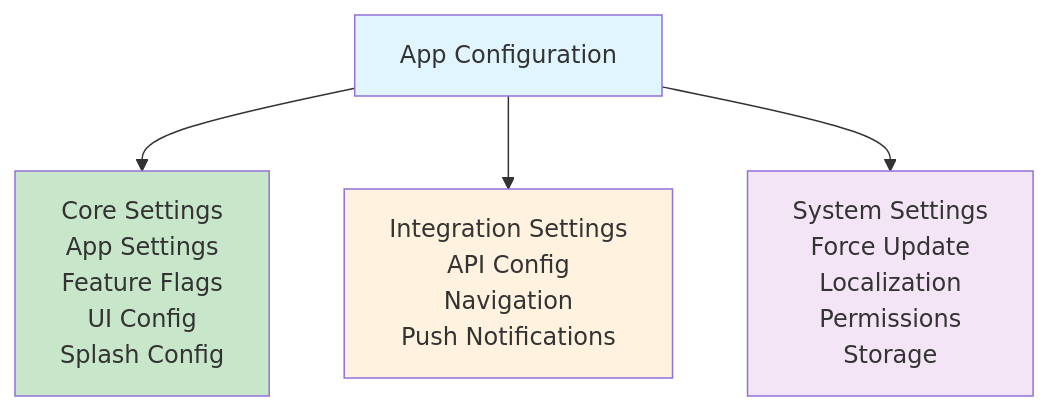
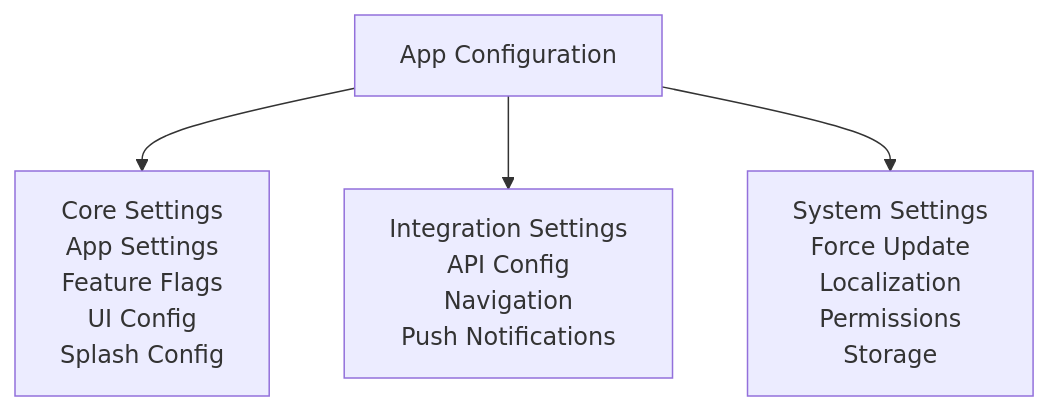
The fifth of 9 diagrams in README.md (gurkanfikretgunak/masterfabric_serverpod), drawn with Mermaid before and after one commit. The commit also changed other lines of this file, not shown here.

Commit message:
refactor(README): remove style definitions from diagrams for cleaner presentation

````diff
--- a/README.md
+++ b/README.md
@@ -264,11 +244,6 @@
 ```mermaid
 graph TD
     AppConfig[App Configuration] --> Core[Core Settings<br/>App Settings<br/>Feature Flags<br/>UI Config<br/>Splash Config]
     AppConfig --> Integrations[Integration Settings<br/>API Config<br/>Navigation<br/>Push Notifications]
     AppConfig --> System[System Settings<br/>Force Update<br/>Localization<br/>Permissions<br/>Storage]
-    
-    style AppConfig fill:#e1f5ff
-    style Core fill:#c8e6c9
-    style Integrations fill:#fff3e0
-    style System fill:#f3e5f5
 ```
````
